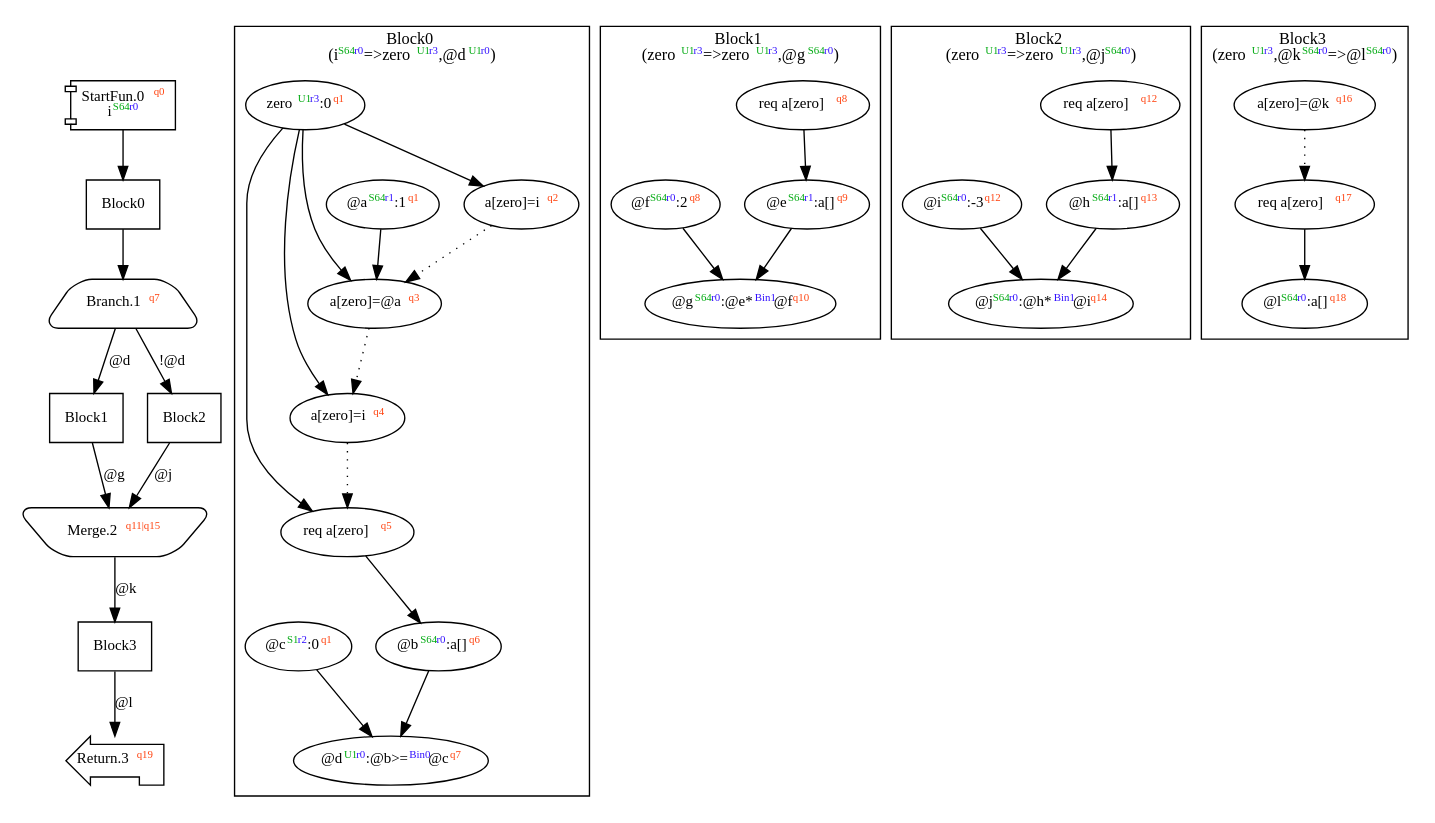
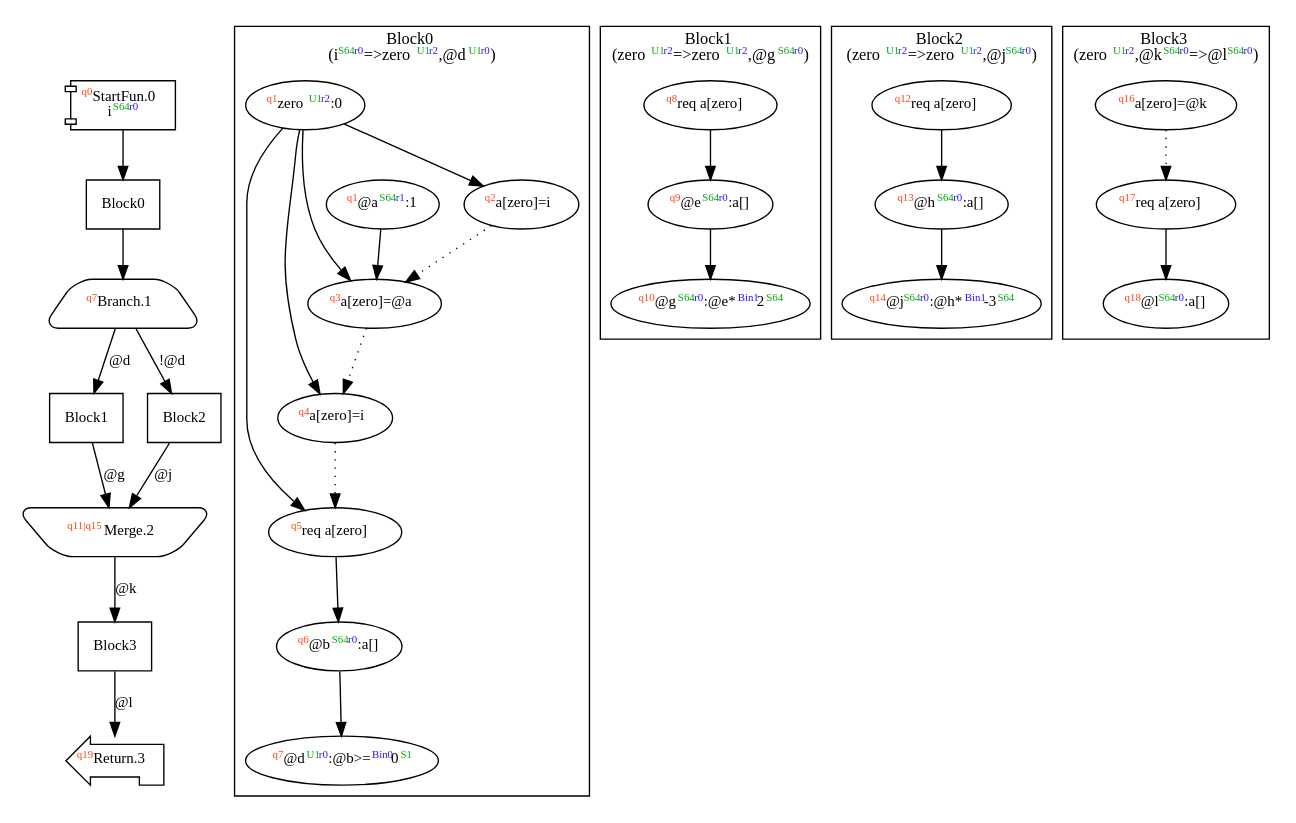
One commit to akouryy/SyntheScala changed the diagram in dist/dependencyTest.dot. Above: the diagram before and after it, drawn with Graphviz. The commit also changed 34 other files, not shown here.

```diff
--- a/dist/dependencyTest.dot
+++ b/dist/dependencyTest.dot
@@ -1,79 +1,73 @@
 digraph Program_ {
   graph [fontname = "Monaco", fontsize = 12, ranksep = 0.5];
   node [shape = box, fontname = "Monaco", fontsize = 11; colorscheme = pastel19];
   edge [fontname = "Monaco", fontsize = 11; colorscheme = pastel19];
-  Jump0[label = <StartFun.0<font color="#ff4411" point-size="8"><sup>q0</sup></font><br/>i<font color="#00aa11" point-size="8"><sup>S64</sup></font><font color="#3311ff" point-size="8"><sup>r0</sup></font>>; shape = component];
+  Jump0[label = <<font color="#ff4411" point-size="8"><sup>q0</sup></font>StartFun.0<br/>i<font color="#00aa11" point-size="8"><sup>S64</sup></font><font color="#3311ff" point-size="8"><sup>r0</sup></font>>; shape = component];
   Jump0 -> Block0;
   Jump1[
-    label = <Branch.1<font color="#ff4411" point-size="8"><sup>q7</sup></font>>;
+    label = <<font color="#ff4411" point-size="8"><sup>q7</sup></font>Branch.1>;
     shape = trapezium; style = rounded;
   ];
   Block0 -> Jump1;
   Jump1 -> Block1 [label="@d"];
   Jump1 -> Block2 [label="!@d"];
-  Jump2[label = <Merge.2<font color="#ff4411" point-size="8"><sup>q11|q15</sup></font>>; shape = invtrapezium; style = rounded];
+  Jump2[label = <<font color="#ff4411" point-size="8"><sup>q11|q15</sup></font>Merge.2>; shape = invtrapezium; style = rounded];
   Block1 -> Jump2 [label="@g"];
   Block2 -> Jump2 [label="@j"];
   Jump2 -> Block3 [label="@k"];
-  Jump3[label = <Return.3<font color="#ff4411" point-size="8"><sup>q19</sup></font>>; shape = lpromoter];
+  Jump3[label = <<font color="#ff4411" point-size="8"><sup>q19</sup></font>Return.3>; shape = lpromoter];
   Block3 -> Jump3 [label="@l"];
   Block0 [label = "Block0"];
   Block1 [label = "Block1"];
   Block2 [label = "Block2"];
   Block3 [label = "Block3"];
   subgraph cluster_dfg_Block0 {
     node [shape = oval];
-    label = <Block0<br/>(i<font color="#00aa11" point-size="8"><sup>S64</sup></font><font color="#3311ff" point-size="8"><sup>r0</sup></font>=&gt;zero<font color="#00aa11" point-size="8"><sup>U1</sup></font><font color="#3311ff" point-size="8"><sup>r3</sup></font>,@d<font color="#00aa11" point-size="8"><sup>U1</sup></font><font color="#3311ff" point-size="8"><sup>r0</sup></font>)>;
-    0 [label=<zero<font color="#00aa11" point-size="8"><sup>U1</sup></font><font color="#3311ff" point-size="8"><sup>r3</sup></font>:0<font color="#ff4411" point-size="8"><sup>q1</sup></font>>];
-    5 [label=<req a[zero]<font color="#ff4411" point-size="8"><sup>q5</sup></font>>];
-    1 [label=<a[zero]=i<font color="#ff4411" point-size="8"><sup>q2</sup></font>>];
-    6 [label=<@b<font color="#00aa11" point-size="8"><sup>S64</sup></font><font color="#3311ff" point-size="8"><sup>r0</sup></font>:a[]<font color="#ff4411" point-size="8"><sup>q6</sup></font>>];
-    2 [label=<@a<font color="#00aa11" point-size="8"><sup>S64</sup></font><font color="#3311ff" point-size="8"><sup>r1</sup></font>:1<font color="#ff4411" point-size="8"><sup>q1</sup></font>>];
-    7 [label=<@c<font color="#00aa11" point-size="8"><sup>S1</sup></font><font color="#3311ff" point-size="8"><sup>r2</sup></font>:0<font color="#ff4411" point-size="8"><sup>q1</sup></font>>];
-    3 [label=<a[zero]=@a<font color="#ff4411" point-size="8"><sup>q3</sup></font>>];
-    8 [label=<@d<font color="#00aa11" point-size="8"><sup>U1</sup></font><font color="#3311ff" point-size="8"><sup>r0</sup></font>:@b&gt;=<font color="#3311ff" point-size="8"><sup>Bin0</sup></font>@c<font color="#ff4411" point-size="8"><sup>q7</sup></font>>];
-    4 [label=<a[zero]=i<font color="#ff4411" point-size="8"><sup>q4</sup></font>>];
+    label = <Block0<br/>(i<font color="#00aa11" point-size="8"><sup>S64</sup></font><font color="#3311ff" point-size="8"><sup>r0</sup></font>=&gt;zero<font color="#00aa11" point-size="8"><sup>U1</sup></font><font color="#3311ff" point-size="8"><sup>r2</sup></font>,@d<font color="#00aa11" point-size="8"><sup>U1</sup></font><font color="#3311ff" point-size="8"><sup>r0</sup></font>)>;
+    0 [label=<<font color="#ff4411" point-size="8"><sup>q1</sup></font>zero<font color="#00aa11" point-size="8"><sup>U1</sup></font><font color="#3311ff" point-size="8"><sup>r2</sup></font>:0>];
+    5 [label=<<font color="#ff4411" point-size="8"><sup>q5</sup></font>req a[zero]>];
+    1 [label=<<font color="#ff4411" point-size="8"><sup>q2</sup></font>a[zero]=i>];
+    6 [label=<<font color="#ff4411" point-size="8"><sup>q6</sup></font>@b<font color="#00aa11" point-size="8"><sup>S64</sup></font><font color="#3311ff" point-size="8"><sup>r0</sup></font>:a[]>];
+    2 [label=<<font color="#ff4411" point-size="8"><sup>q1</sup></font>@a<font color="#00aa11" point-size="8"><sup>S64</sup></font><font color="#3311ff" point-size="8"><sup>r1</sup></font>:1>];
+    3 [label=<<font color="#ff4411" point-size="8"><sup>q3</sup></font>a[zero]=@a>];
+    8 [label=<<font color="#ff4411" point-size="8"><sup>q7</sup></font>@d<font color="#00aa11" point-size="8"><sup>U1</sup></font><font color="#3311ff" point-size="8"><sup>r0</sup></font>:@b&gt;=<font color="#3311ff" point-size="8"><sup>Bin0</sup></font>0<font color="#00aa11" point-size="8"><sup>S1</sup></font>>];
+    4 [label=<<font color="#ff4411" point-size="8"><sup>q4</sup></font>a[zero]=i>];
     0 -> 1;
     0 -> 3;
     0 -> 4;
     0 -> 5;
     2 -> 3;
     6 -> 8;
-    7 -> 8;
     1 -> 3 [style = dotted];
     3 -> 4 [style = dotted];
     4 -> 5 [style = dotted];
     5 -> 6 [style = solid];
   }
   subgraph cluster_dfg_Block1 {
     node [shape = oval];
-    label = <Block1<br/>(zero<font color="#00aa11" point-size="8"><sup>U1</sup></font><font color="#3311ff" point-size="8"><sup>r3</sup></font>=&gt;zero<font color="#00aa11" point-size="8"><sup>U1</sup></font><font color="#3311ff" point-size="8"><sup>r3</sup></font>,@g<font color="#00aa11" point-size="8"><sup>S64</sup></font><font color="#3311ff" point-size="8"><sup>r0</sup></font>)>;
-    10 [label=<@e<font color="#00aa11" point-size="8"><sup>S64</sup></font><font color="#3311ff" point-size="8"><sup>r1</sup></font>:a[]<font color="#ff4411" point-size="8"><sup>q9</sup></font>>];
-    9 [label=<req a[zero]<font color="#ff4411" point-size="8"><sup>q8</sup></font>>];
-    11 [label=<@f<font color="#00aa11" point-size="8"><sup>S64</sup></font><font color="#3311ff" point-size="8"><sup>r0</sup></font>:2<font color="#ff4411" point-size="8"><sup>q8</sup></font>>];
-    12 [label=<@g<font color="#00aa11" point-size="8"><sup>S64</sup></font><font color="#3311ff" point-size="8"><sup>r0</sup></font>:@e*<font color="#3311ff" point-size="8"><sup>Bin1</sup></font>@f<font color="#ff4411" point-size="8"><sup>q10</sup></font>>];
+    label = <Block1<br/>(zero<font color="#00aa11" point-size="8"><sup>U1</sup></font><font color="#3311ff" point-size="8"><sup>r2</sup></font>=&gt;zero<font color="#00aa11" point-size="8"><sup>U1</sup></font><font color="#3311ff" point-size="8"><sup>r2</sup></font>,@g<font color="#00aa11" point-size="8"><sup>S64</sup></font><font color="#3311ff" point-size="8"><sup>r0</sup></font>)>;
+    10 [label=<<font color="#ff4411" point-size="8"><sup>q9</sup></font>@e<font color="#00aa11" point-size="8"><sup>S64</sup></font><font color="#3311ff" point-size="8"><sup>r0</sup></font>:a[]>];
+    9 [label=<<font color="#ff4411" point-size="8"><sup>q8</sup></font>req a[zero]>];
+    12 [label=<<font color="#ff4411" point-size="8"><sup>q10</sup></font>@g<font color="#00aa11" point-size="8"><sup>S64</sup></font><font color="#3311ff" point-size="8"><sup>r0</sup></font>:@e*<font color="#3311ff" point-size="8"><sup>Bin1</sup></font>2<font color="#00aa11" point-size="8"><sup>S64</sup></font>>];
     10 -> 12;
-    11 -> 12;
     9 -> 10 [style = solid];
   }
   subgraph cluster_dfg_Block2 {
     node [shape = oval];
-    label = <Block2<br/>(zero<font color="#00aa11" point-size="8"><sup>U1</sup></font><font color="#3311ff" point-size="8"><sup>r3</sup></font>=&gt;zero<font color="#00aa11" point-size="8"><sup>U1</sup></font><font color="#3311ff" point-size="8"><sup>r3</sup></font>,@j<font color="#00aa11" point-size="8"><sup>S64</sup></font><font color="#3311ff" point-size="8"><sup>r0</sup></font>)>;
-    14 [label=<@h<font color="#00aa11" point-size="8"><sup>S64</sup></font><font color="#3311ff" point-size="8"><sup>r1</sup></font>:a[]<font color="#ff4411" point-size="8"><sup>q13</sup></font>>];
-    13 [label=<req a[zero]<font color="#ff4411" point-size="8"><sup>q12</sup></font>>];
-    15 [label=<@i<font color="#00aa11" point-size="8"><sup>S64</sup></font><font color="#3311ff" point-size="8"><sup>r0</sup></font>:-3<font color="#ff4411" point-size="8"><sup>q12</sup></font>>];
-    16 [label=<@j<font color="#00aa11" point-size="8"><sup>S64</sup></font><font color="#3311ff" point-size="8"><sup>r0</sup></font>:@h*<font color="#3311ff" point-size="8"><sup>Bin1</sup></font>@i<font color="#ff4411" point-size="8"><sup>q14</sup></font>>];
+    label = <Block2<br/>(zero<font color="#00aa11" point-size="8"><sup>U1</sup></font><font color="#3311ff" point-size="8"><sup>r2</sup></font>=&gt;zero<font color="#00aa11" point-size="8"><sup>U1</sup></font><font color="#3311ff" point-size="8"><sup>r2</sup></font>,@j<font color="#00aa11" point-size="8"><sup>S64</sup></font><font color="#3311ff" point-size="8"><sup>r0</sup></font>)>;
+    14 [label=<<font color="#ff4411" point-size="8"><sup>q13</sup></font>@h<font color="#00aa11" point-size="8"><sup>S64</sup></font><font color="#3311ff" point-size="8"><sup>r0</sup></font>:a[]>];
+    13 [label=<<font color="#ff4411" point-size="8"><sup>q12</sup></font>req a[zero]>];
+    16 [label=<<font color="#ff4411" point-size="8"><sup>q14</sup></font>@j<font color="#00aa11" point-size="8"><sup>S64</sup></font><font color="#3311ff" point-size="8"><sup>r0</sup></font>:@h*<font color="#3311ff" point-size="8"><sup>Bin1</sup></font>-3<font color="#00aa11" point-size="8"><sup>S64</sup></font>>];
     14 -> 16;
-    15 -> 16;
     13 -> 14 [style = solid];
   }
   subgraph cluster_dfg_Block3 {
     node [shape = oval];
-    label = <Block3<br/>(zero<font color="#00aa11" point-size="8"><sup>U1</sup></font><font color="#3311ff" point-size="8"><sup>r3</sup></font>,@k<font color="#00aa11" point-size="8"><sup>S64</sup></font><font color="#3311ff" point-size="8"><sup>r0</sup></font>=&gt;@l<font color="#00aa11" point-size="8"><sup>S64</sup></font><font color="#3311ff" point-size="8"><sup>r0</sup></font>)>;
-    17 [label=<a[zero]=@k<font color="#ff4411" point-size="8"><sup>q16</sup></font>>];
-    19 [label=<@l<font color="#00aa11" point-size="8"><sup>S64</sup></font><font color="#3311ff" point-size="8"><sup>r0</sup></font>:a[]<font color="#ff4411" point-size="8"><sup>q18</sup></font>>];
-    18 [label=<req a[zero]<font color="#ff4411" point-size="8"><sup>q17</sup></font>>];
+    label = <Block3<br/>(zero<font color="#00aa11" point-size="8"><sup>U1</sup></font><font color="#3311ff" point-size="8"><sup>r2</sup></font>,@k<font color="#00aa11" point-size="8"><sup>S64</sup></font><font color="#3311ff" point-size="8"><sup>r0</sup></font>=&gt;@l<font color="#00aa11" point-size="8"><sup>S64</sup></font><font color="#3311ff" point-size="8"><sup>r0</sup></font>)>;
+    17 [label=<<font color="#ff4411" point-size="8"><sup>q16</sup></font>a[zero]=@k>];
+    19 [label=<<font color="#ff4411" point-size="8"><sup>q18</sup></font>@l<font color="#00aa11" point-size="8"><sup>S64</sup></font><font color="#3311ff" point-size="8"><sup>r0</sup></font>:a[]>];
+    18 [label=<<font color="#ff4411" point-size="8"><sup>q17</sup></font>req a[zero]>];
     17 -> 18 [style = dotted];
     18 -> 19 [style = solid];
   }
 }
```
